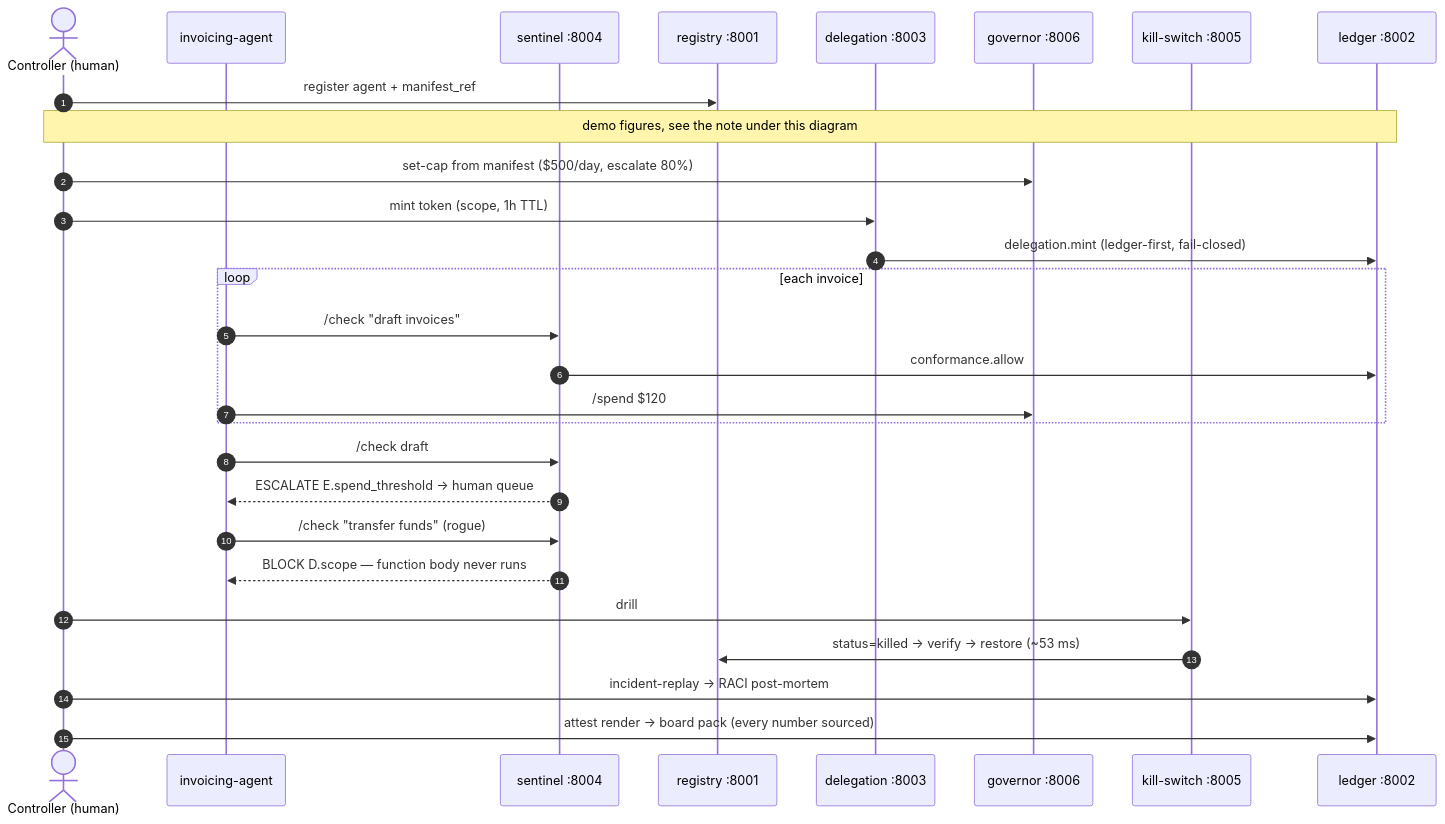
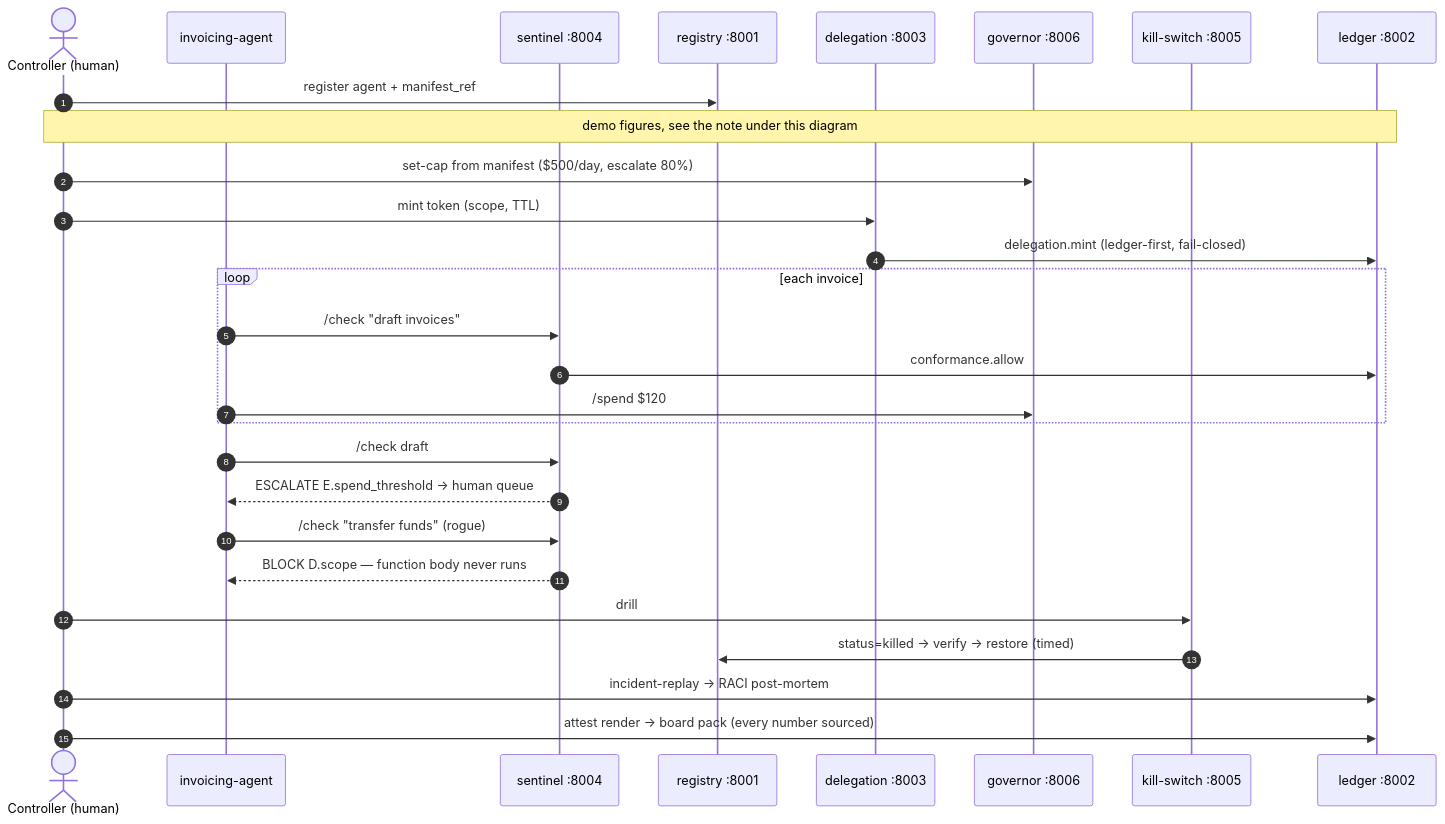
Before and after one commit to SpinStateLabs/field-platform: the fourth of 4 diagrams in docs/ARCHITECTURE.md, drawn with Mermaid. The commit also changed other lines of this file, not shown here.

First line of the commit message:
docs: ARCHITECTURE.md drops the unsourced token lifetime and drill time, cites the call sites and labels the claude-approver arrows (C-656 F-C656-1..4)

````diff
--- a/docs/ARCHITECTURE.md
+++ b/docs/ARCHITECTURE.md
@@ -189,31 +189,31 @@
 ```mermaid
 sequenceDiagram
     autonumber
     actor Human as Controller (human)
     participant A as invoicing-agent
     participant S as sentinel :8004
     participant R as registry :8001
     participant De as delegation :8003
     participant G as governor :8006
     participant K as kill-switch :8005
     participant Le as ledger :8002
 
     Human->>R: register agent + manifest_ref
     Note over Human,Le: demo figures, see the note under this diagram
     Human->>G: set-cap from manifest ($500/day, escalate 80%)
-    Human->>De: mint token (scope, 1h TTL)
+    Human->>De: mint token (scope, TTL)
     De->>Le: delegation.mint (ledger-first, fail-closed)
     loop each invoice
         A->>S: /check "draft invoices"
         S->>Le: conformance.allow
         A->>G: /spend $120
     end
     A->>S: /check draft #5 (meter at 96%)
     S-->>A: ESCALATE E.spend_threshold → human queue
     A->>S: /check "transfer funds" (rogue)
     S-->>A: BLOCK D.scope — function body never runs
     Human->>K: drill
-    K->>R: status=killed → verify → restore (~53 ms)
+    K->>R: status=killed → verify → restore (timed)
     Human->>Le: incident-replay → RACI post-mortem
     Human->>Le: attest render → board pack (every number sourced)
 ```
````
